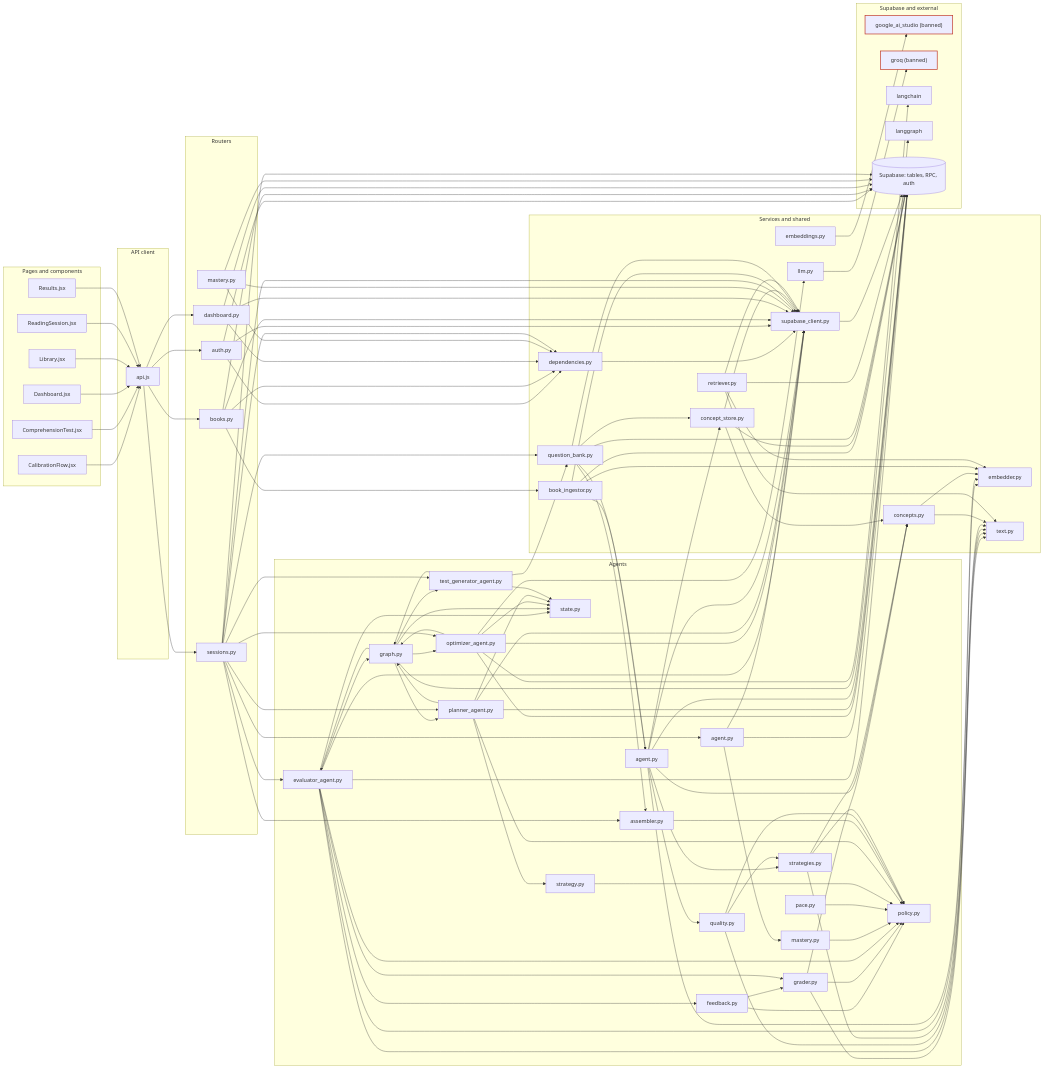
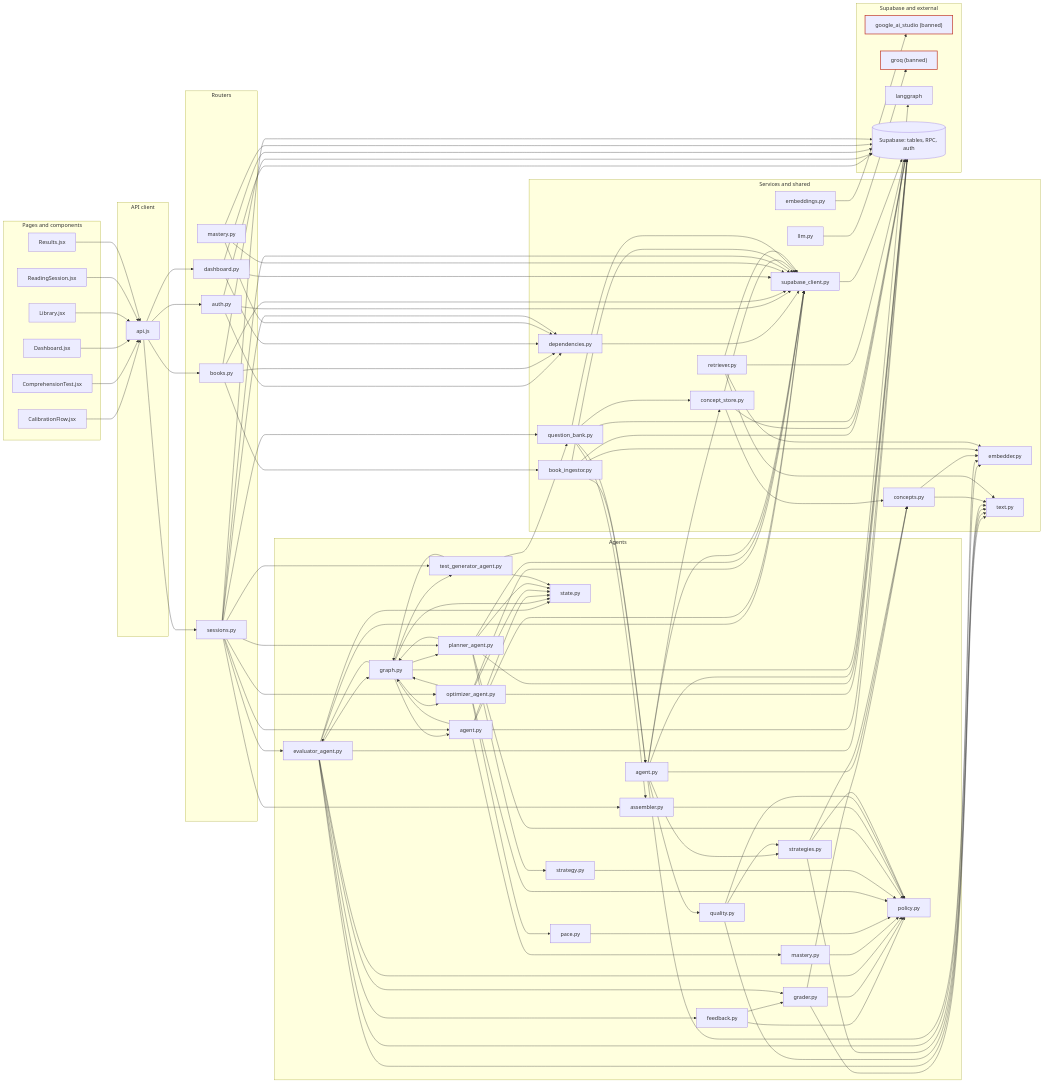
The first of 2 diagrams in docs/repo-graph/REPO_MAP.md (asparagusD/readfocus), drawn with Mermaid before and after one commit. The commit also changed other lines of this file and 13 other files, not shown here.

First line of the commit message:
feat(agents): register knowledge state and optimizer as LangGraph nodes

```diff
--- a/docs/repo-graph/REPO_MAP.md
+++ b/docs/repo-graph/REPO_MAP.md
@@ -65,7 +65,6 @@
   subgraph sink["Supabase and external"]
     external_google_ai_studio["google_ai_studio (banned)"]:::banned
     external_groq["groq (banned)"]:::banned
-    external_langchain["langchain"]
     external_langgraph["langgraph"]
     supabase[("Supabase: tables, RPC, auth")]
   end
@@ -85,19 +84,22 @@
   file_backend_agents_evaluator_agent_py --> supabase
   file_backend_agents_graph_py --> external_langgraph
   file_backend_agents_graph_py --> file_backend_agents_evaluator_agent_py
+  file_backend_agents_graph_py --> file_backend_agents_knowledge_state_agent_py
   file_backend_agents_graph_py --> file_backend_agents_optimizer_agent_py
   file_backend_agents_graph_py --> file_backend_agents_planner_agent_py
   file_backend_agents_graph_py --> file_backend_agents_state_py
   file_backend_agents_graph_py --> file_backend_agents_test_generator_agent_py
+  file_backend_agents_knowledge_state_agent_py --> file_backend_agents_graph_py
   file_backend_agents_knowledge_state_agent_py --> file_backend_agents_knowledge_state_mastery_py
+  file_backend_agents_knowledge_state_agent_py --> file_backend_agents_state_py
   file_backend_agents_knowledge_state_agent_py --> file_backend_services_supabase_client_py
   file_backend_agents_knowledge_state_agent_py --> supabase
   file_backend_agents_knowledge_state_mastery_py --> file_backend_agents_policy_py
   file_backend_agents_optimizer_pace_py --> file_backend_agents_policy_py
-  file_backend_agents_optimizer_agent_py --> external_langchain
   file_backend_agents_optimizer_agent_py --> file_backend_agents_graph_py
+  file_backend_agents_optimizer_agent_py --> file_backend_agents_optimizer_pace_py
+  file_backend_agents_optimizer_agent_py --> file_backend_agents_policy_py
   file_backend_agents_optimizer_agent_py --> file_backend_agents_state_py
-  file_backend_agents_optimizer_agent_py --> file_backend_services_llm_py
   file_backend_agents_optimizer_agent_py --> file_backend_services_supabase_client_py
   file_backend_agents_optimizer_agent_py --> supabase
   file_backend_agents_planner_strategy_py --> file_backend_agents_policy_py
```
